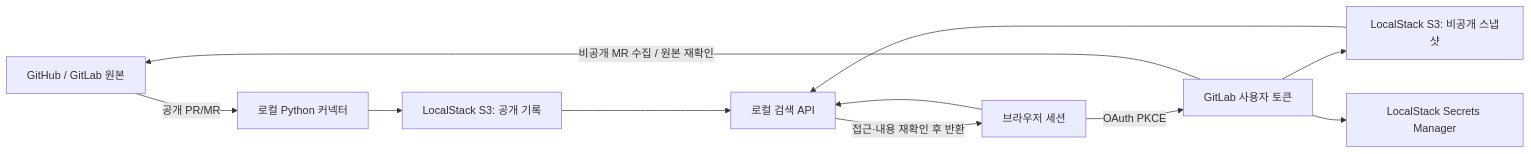
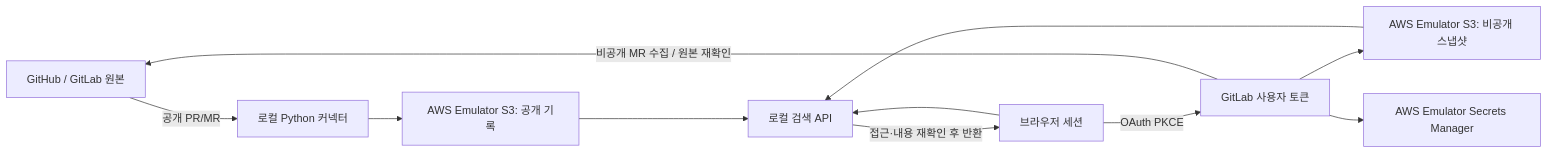
Before and after one commit to YoungJinJung/team-context: the diagram in docs/architecture.md, drawn with Mermaid. The commit also changed other lines of this file and 17 other files, not shown here.

Commit message:
Use AWS Emulator for local development and tests

````diff
--- a/docs/architecture.md
+++ b/docs/architecture.md
@@ -88,13 +88,13 @@
 ```mermaid
 flowchart LR
     A["GitHub / GitLab 원본"] -->|"공개 PR/MR"| B["로컬 Python 커넥터"]
     U["브라우저 세션"] -->|"OAuth PKCE"| C["GitLab 사용자 토큰"]
     C -->|"비공개 MR 수집 / 원본 재확인"| A
-    B --> D["LocalStack S3: 공개 기록"]
-    C --> E["LocalStack S3: 비공개 스냅샷"]
-    C --> F["LocalStack Secrets Manager"]
+    B --> D["AWS Emulator S3: 공개 기록"]
+    C --> E["AWS Emulator S3: 비공개 스냅샷"]
+    C --> F["AWS Emulator Secrets Manager"]
     U --> G["로컬 검색 API"]
     D --> G
     E --> G
     G -->|"접근·내용 재확인 후 반환"| U
 ```
````
